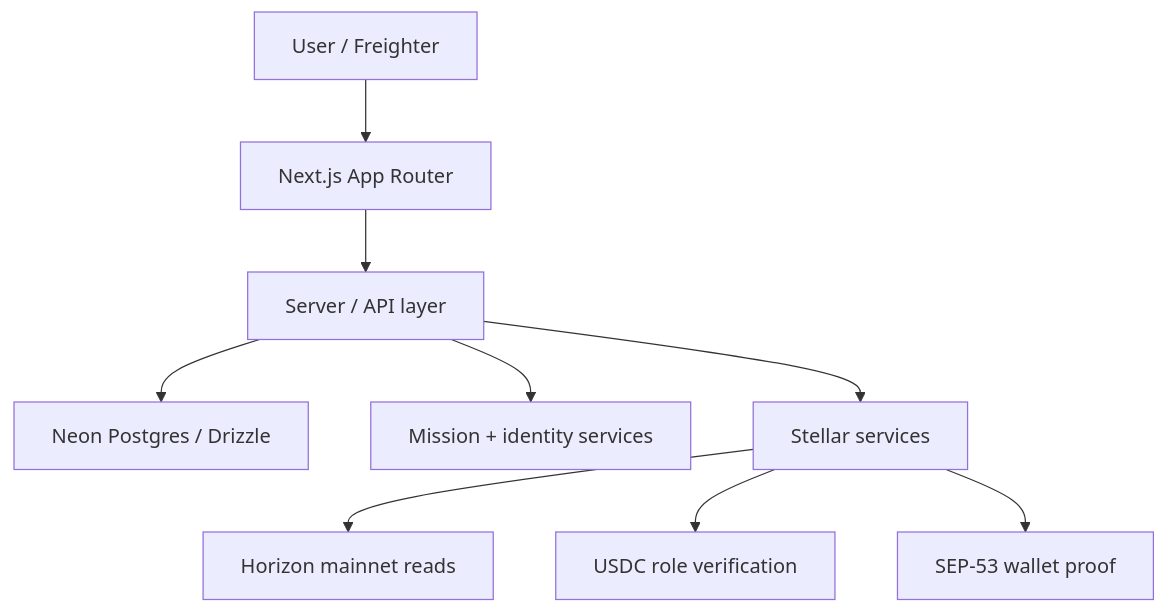
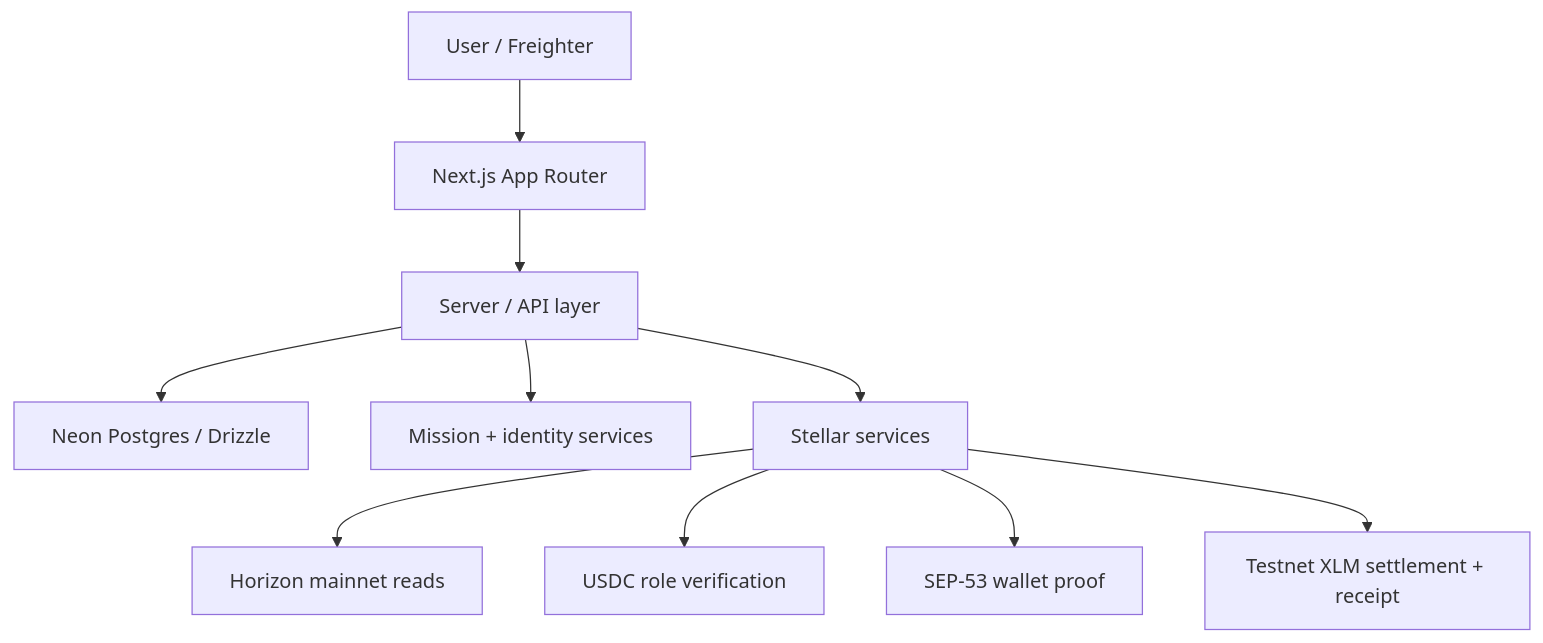
Before and after one commit to kaelah971/vicus: the diagram in README.md, drawn with Mermaid. The commit also changed other lines of this file and 38 other files, not shown here.

First line of the commit message:
feat: complete Stellar participation and reward flow

````diff
--- a/README.md
+++ b/README.md
@@ -55,11 +56,12 @@
 ```mermaid
 flowchart TD
     User[User / Freighter] --> App[Next.js App Router]
     App --> API[Server / API layer]
     API --> DB[Neon Postgres / Drizzle]
     API --> Missions[Mission + identity services]
     API --> Stellar[Stellar services]
     Stellar --> Horizon[Horizon mainnet reads]
     Stellar --> Role[USDC role verification]
     Stellar --> SEP53[SEP-53 wallet proof]
+    Stellar --> Rewards[Testnet XLM settlement + receipt]
 ```
````
